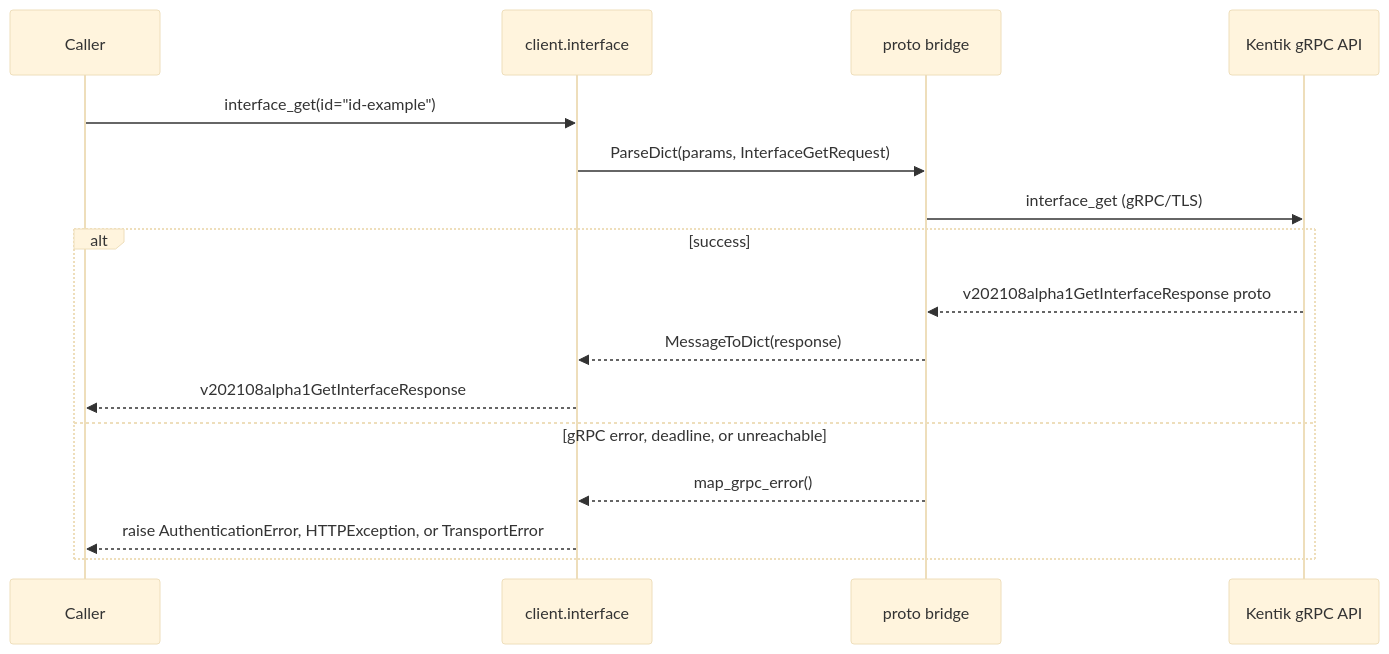
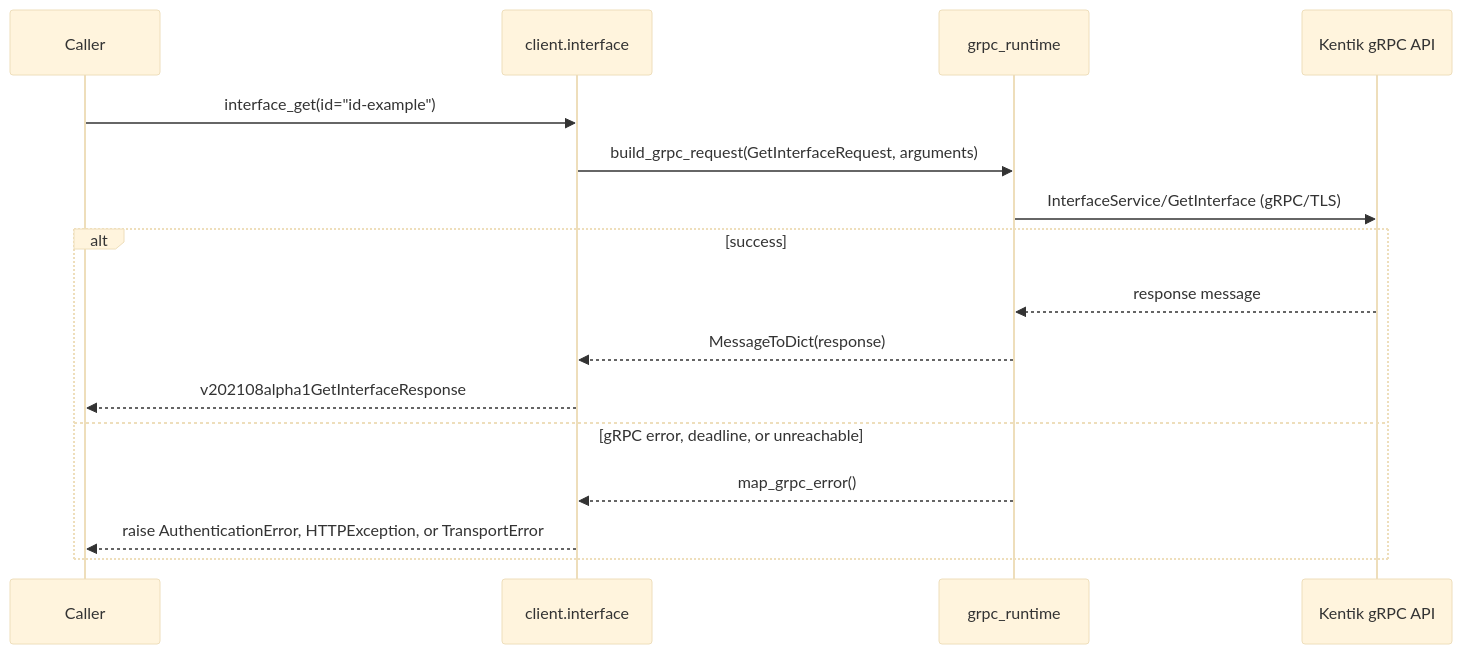
Before and after one commit to alexdearaujo/community_sdk_python: the seventh of 14 diagrams in docs/sphinx/services/interface.md, drawn with Mermaid (base theme). The commit also changed other lines of this file and 37 other files, not shown here.

First line of the commit message:
docs: show the real RPC in each service page's gRPC diagram

````diff
--- a/docs/sphinx/services/interface.md
+++ b/docs/sphinx/services/interface.md
@@ -215,19 +215,19 @@
 ```mermaid
 sequenceDiagram
     participant C as Caller
     participant W as client.interface
-    participant B as proto bridge
+    participant R as grpc_runtime
     participant API as Kentik gRPC API
 
     C->>W: interface_get(id="id-example")
-    W->>B: ParseDict(params, InterfaceGetRequest)
-    B->>API: interface_get (gRPC/TLS)
+    W->>R: build_grpc_request(GetInterfaceRequest, arguments)
+    R->>API: InterfaceService/GetInterface (gRPC/TLS)
     alt success
-        API-->>B: v202108alpha1GetInterfaceResponse proto
-        B-->>W: MessageToDict(response)
+        API-->>R: response message
+        R-->>W: MessageToDict(response)
         W-->>C: v202108alpha1GetInterfaceResponse
     else gRPC error, deadline, or unreachable
-        B-->>W: map_grpc_error()
+        R-->>W: map_grpc_error()
         W-->>C: raise AuthenticationError, HTTPException, or TransportError
     end
 ```
````
